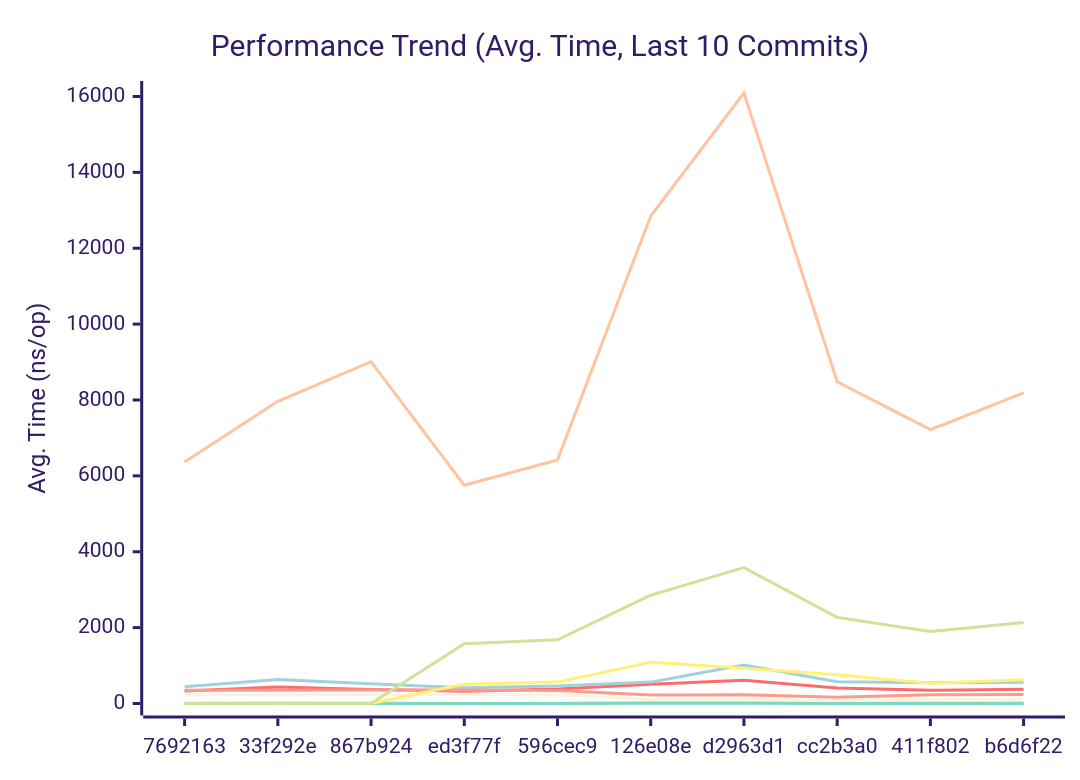
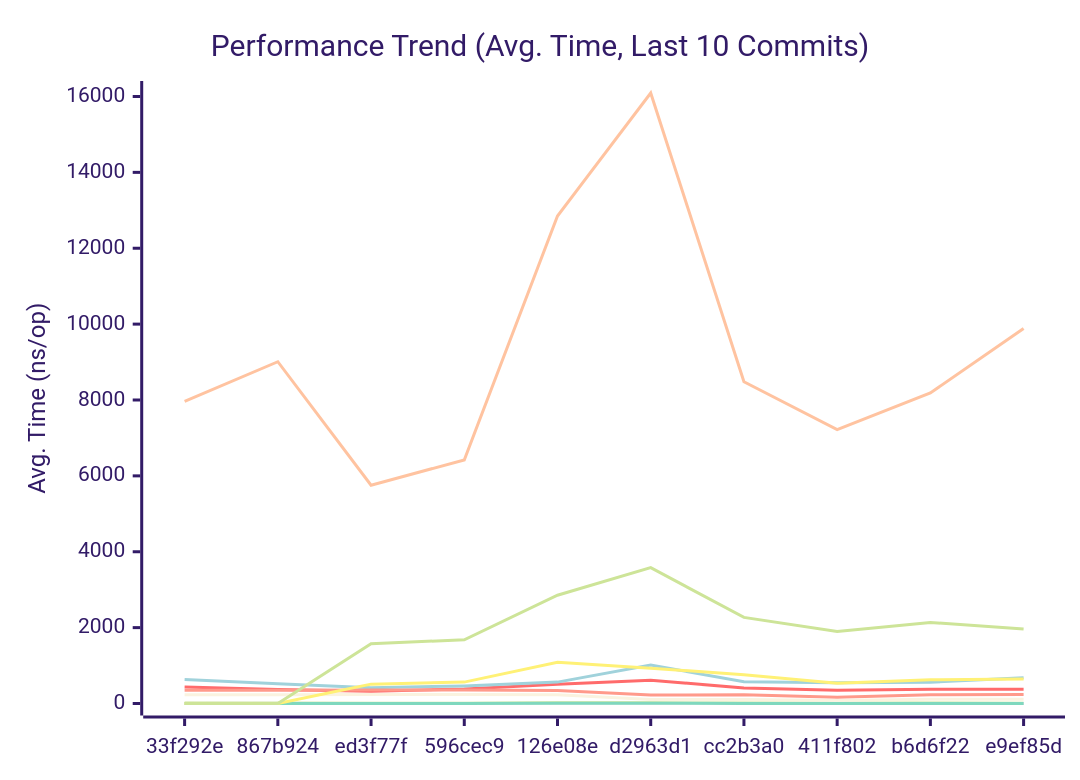
Before and after one commit to alsotoes/momo: the first of 3 diagrams in docs/PERFORMANCE.md, drawn with Mermaid (forest theme). The commit also changed other lines of this file and 6 other files, not shown here.

````diff
--- a/docs/PERFORMANCE.md
+++ b/docs/PERFORMANCE.md
@@ -128,18 +128,18 @@
 ```mermaid
 xychart-beta
     title "Performance Trend (Avg. Time, Last 10 Commits)"
     x-axis "Commit"
     y-axis "Avg. Time (ns/op)"
-    x-axis [7692163,33f292e,867b924,ed3f77f,596cec9,126e08e,d2963d1,cc2b3a0,411f802,b6d6f22]
-    line "CheckMetricsAndSwap" [9,13,13,8,9,22,17,13,11,11]
-    line "CrushOptimized" [332,438,367,326,382,508,611,411,349,375]
-    line "CrushOriginal" [442,635,518,416,464,564,1014,574,546,560]
-    line "IndexDirectTracking" [0,0,1,0,0,1,1,0,0,0]
-    line "IndexSearch" [3,3,4,2,2,2,3,2,2,2]
-    line "LoadGlobalConfig" [6366,7966,9009,5754,6420,12850,16092,8480,7218,8185]
-    line "PadString" [2,2,3,2,3,4,4,3,2,3]
+    x-axis [33f292e,867b924,ed3f77f,596cec9,126e08e,d2963d1,cc2b3a0,411f802,b6d6f22,e9ef85d]
+    line "CheckMetricsAndSwap" [13,13,8,9,22,17,13,11,11,9]
+    line "CrushOptimized" [438,367,326,382,508,611,411,349,375,375]
+    line "CrushOriginal" [635,518,416,464,564,1014,574,546,560,677]
+    line "IndexDirectTracking" [0,1,0,0,1,1,0,0,0,1]
+    line "IndexSearch" [3,4,2,2,2,3,2,2,2,2]
+    line "LoadGlobalConfig" [7966,9009,5754,6420,12850,16092,8480,7218,8185,9886]
+    line "PadString" [2,3,2,3,4,4,3,2,3,3]
     line "ParseReplicationOrder_NoPrealloc" [350,349,357,354,345,225,229,165,232,234]
     line "ParseReplicationOrder_Prealloc" [229,231,237,234,229,108,107,80,110,109]
-    line "SanitizeLog/Safe" [0,0,0,510,564,1086,932,759,535,626]
-    line "SanitizeLog/Unsafe" [0,0,0,1574,1680,2855,3581,2269,1896,2138]
+    line "SanitizeLog/Safe" [0,0,510,564,1086,932,759,535,626,647]
+    line "SanitizeLog/Unsafe" [0,0,1574,1680,2855,3581,2269,1896,2138,1962]
 ```
````
